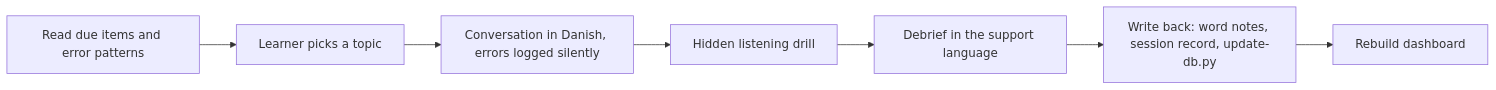
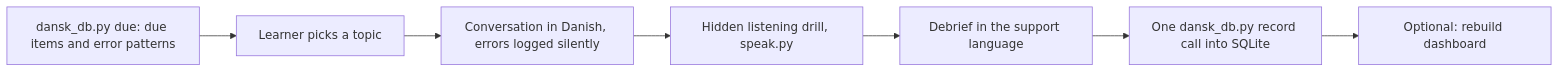
The diagram in README.md (batutho-dot/danish-tutor), drawn with Mermaid before and after one commit. The commit also changed other lines of this file and 19 other files, not shown here.

````diff
--- a/README.md
+++ b/README.md
@@ -43,9 +57,9 @@
 ```mermaid
 flowchart LR
-  A[Read due items and error patterns] --> B[Learner picks a topic]
+  A[dansk_db.py due: due items and error patterns] --> B[Learner picks a topic]
   B --> C[Conversation in Danish, errors logged silently]
-  C --> D[Hidden listening drill]
+  C --> D[Hidden listening drill, speak.py]
   D --> E[Debrief in the support language]
-  E --> F[Write back: word notes, session record, update-db.py]
-  F --> G[Rebuild dashboard]
+  E --> F[One dansk_db.py record call into SQLite]
+  F --> G[Optional: rebuild dashboard]
 ```
````
